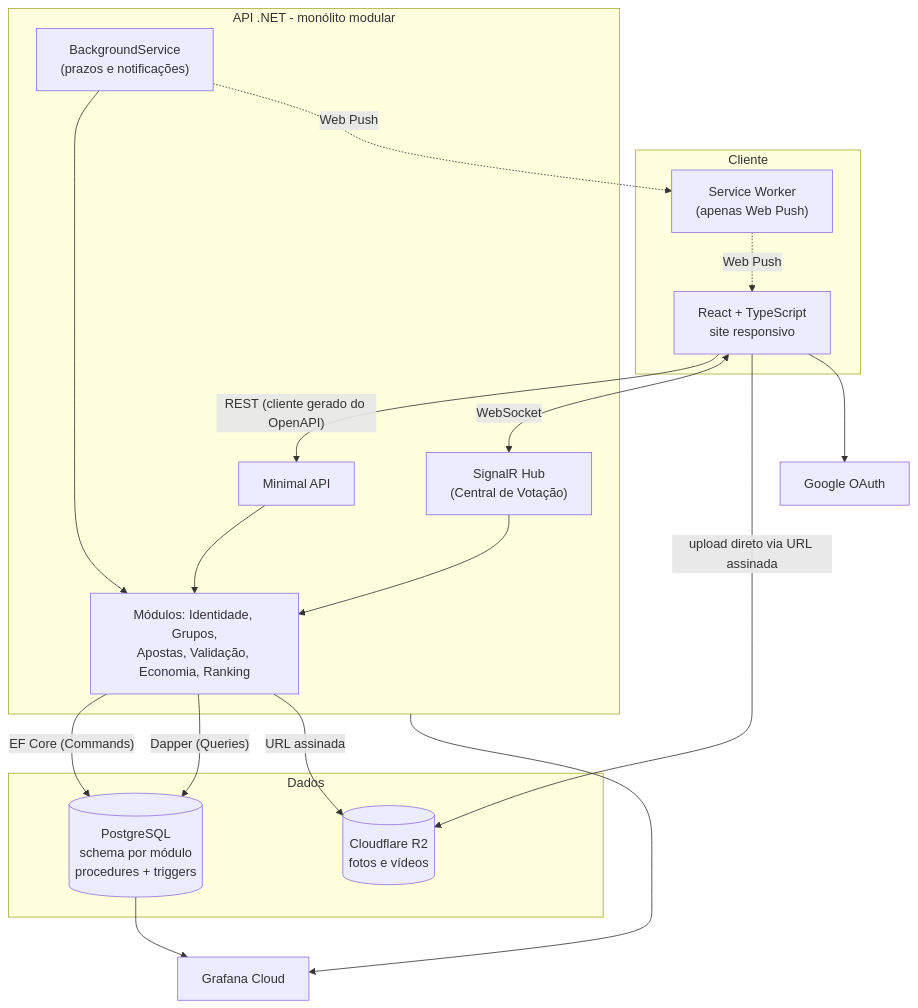
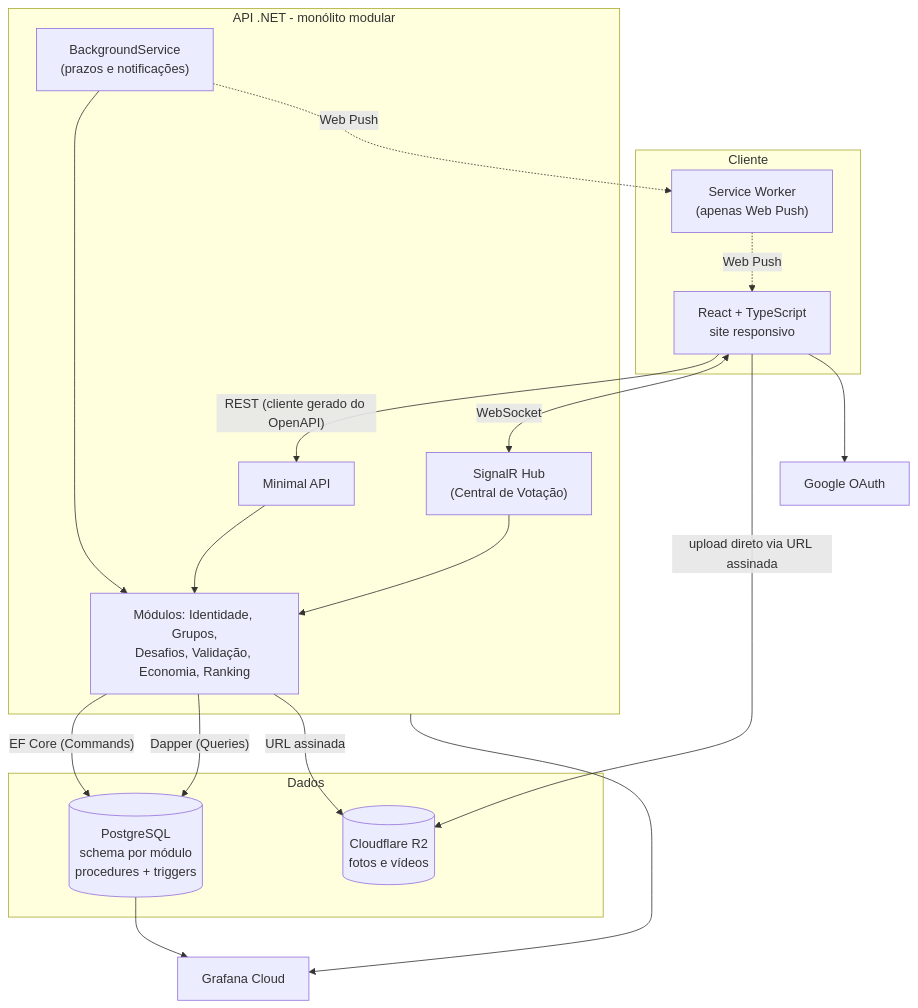
One commit to SecreTavin/A3-banco-de-dados changed the first of 2 diagrams in docs/02-arquitetura/13-visao-geral.md. Above: the diagram before and after it, drawn with Mermaid. The commit also changed other lines of this file and 54 other files, not shown here.

````diff
--- a/docs/02-arquitetura/13-visao-geral.md
+++ b/docs/02-arquitetura/13-visao-geral.md
@@ -11,38 +11,38 @@
 ```mermaid
 flowchart TB
     subgraph Cliente
         WEB["React + TypeScript<br/>site responsivo"]
         SW["Service Worker<br/>(apenas Web Push)"]
     end
 
     subgraph API["API .NET - monólito modular"]
         REST["Minimal API"]
         HUB["SignalR Hub<br/>(Central de Votação)"]
         BG["BackgroundService<br/>(prazos e notificações)"]
-        MOD["Módulos: Identidade, Grupos,<br/>Apostas, Validação, Economia, Ranking"]
+        MOD["Módulos: Identidade, Grupos,<br/>Desafios, Validação, Economia, Ranking"]
     end
 
     subgraph Dados
         PG[("PostgreSQL<br/>schema por módulo<br/>procedures + triggers")]
         R2[("Cloudflare R2<br/>fotos e vídeos")]
     end
 
     GOOGLE["Google OAuth"]
     GRAFANA["Grafana Cloud"]
 
     WEB -->|"REST (cliente gerado do OpenAPI)"| REST
     WEB <-->|"WebSocket"| HUB
     WEB -->|"upload direto via URL assinada"| R2
     WEB --> GOOGLE
     SW -.->|"Web Push"| WEB
 
     REST --> MOD
     HUB --> MOD
     BG --> MOD
     MOD -->|"EF Core (Commands)"| PG
     MOD -->|"Dapper (Queries)"| PG
     MOD -->|"URL assinada"| R2
     BG -.->|"Web Push"| SW
     API --> GRAFANA
     PG --> GRAFANA
 ```
````
